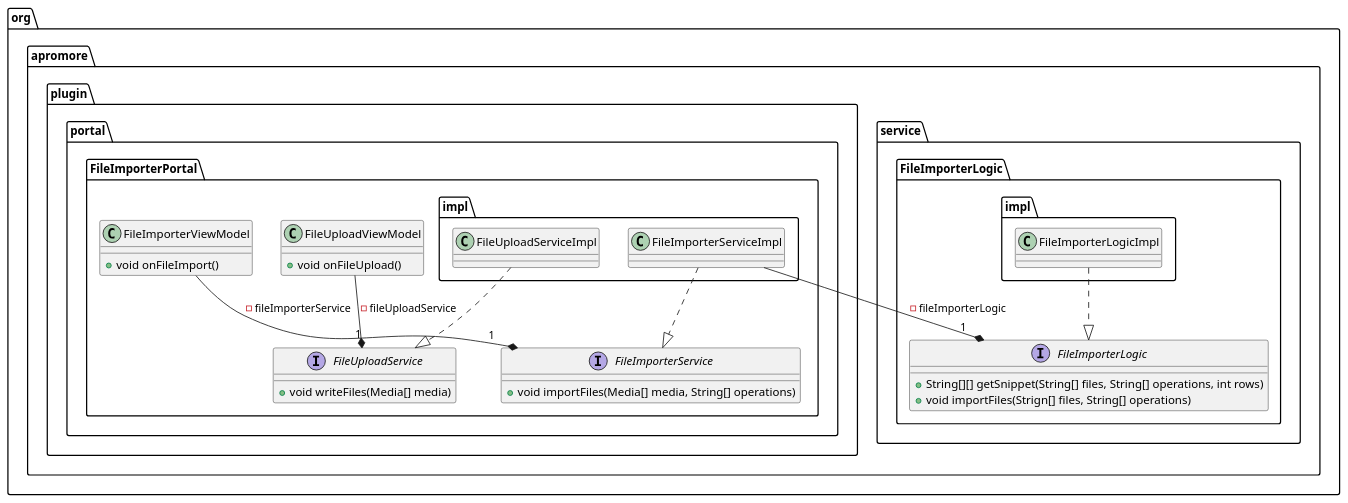
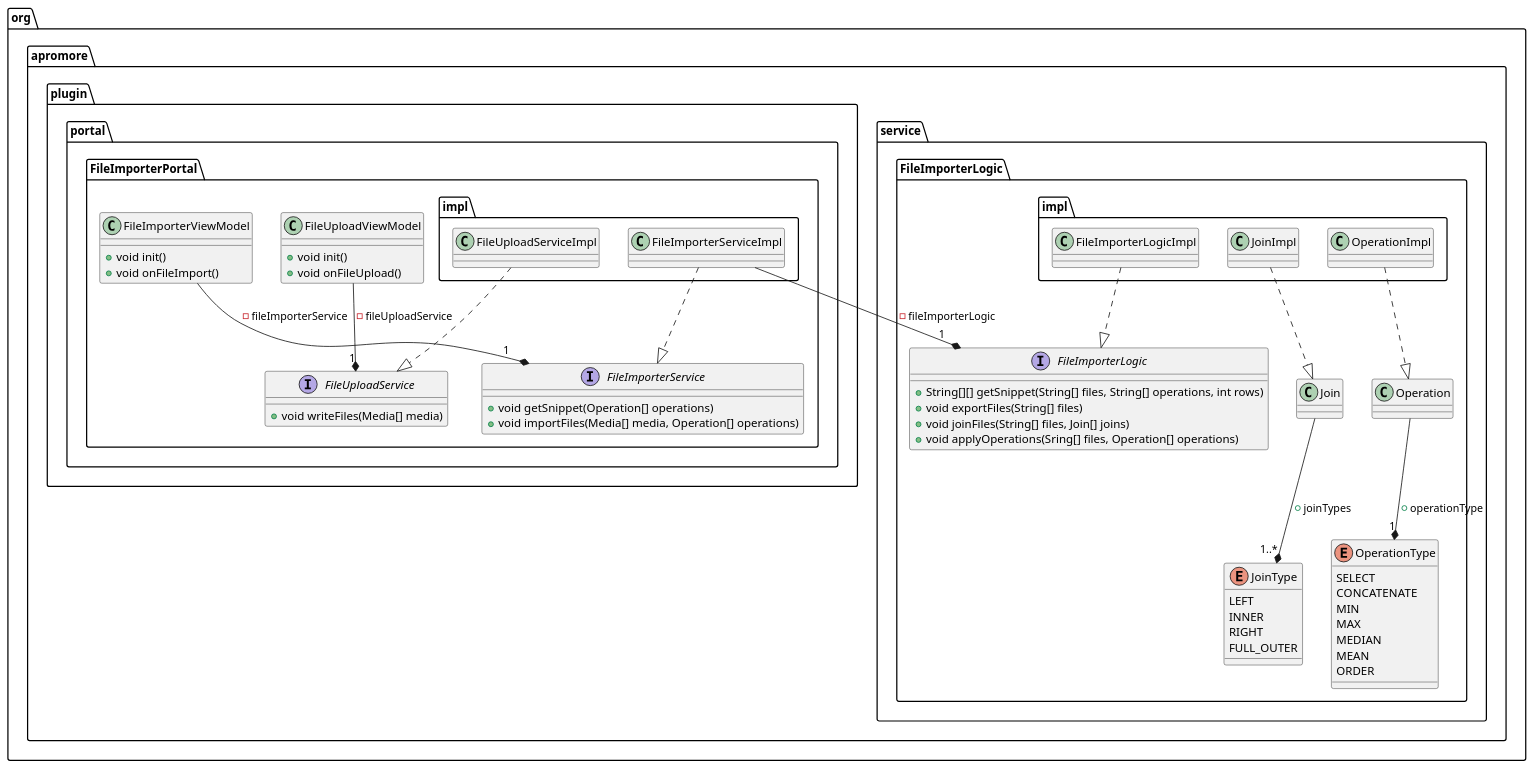
One commit to chengengliu/swen90013-bp changed the diagram in docs/classes.puml. Above: the diagram before and after it, drawn with PlantUML.

Commit message:
chore(docs): update class diagram

```diff
--- a/docs/classes.puml
+++ b/docs/classes.puml
@@ -1,60 +1,85 @@
 @startuml classes
 
 namespace org {
     namespace apromore {
         namespace service {
             namespace FileImporterLogic {
                 namespace impl {
-                    class FileImporterLogicImpl {
-                    }
+                    class FileImporterLogicImpl
+                    class JoinImpl
+                    class OperationImpl
 
                     FileImporterLogicImpl ..|> org.apromore.service.FileImporterLogic.FileImporterLogic
+                    JoinImpl ..|> org.apromore.service.FileImporterLogic.Join
+                    OperationImpl ..|> org.apromore.service.FileImporterLogic.Operation
+                }
+
+                enum OperationType {
+                    SELECT
+                    CONCATENATE
+                    MIN
+                    MAX
+                    MEDIAN
+                    MEAN
+                    ORDER
+                }
+
+                enum JoinType {
+                    LEFT
+                    INNER
+                    RIGHT
+                    FULL_OUTER
                 }
 
                 interface FileImporterLogic {
                     + String[][] getSnippet(String[] files, String[] operations, int rows)
-                    + void importFiles(Strign[] files, String[] operations)
+                    + void exportFiles(String[] files)
+                    + void joinFiles(String[] files, Join[] joins)
+                    + void applyOperations(Sring[] files, Operation[] operations)
                 }
+
+                Operation --* "1" OperationType : + operationType
+                Join --* "1..*" JoinType : + joinTypes
             }
         }
 
         namespace plugin {
             namespace portal {
                 namespace FileImporterPortal {
                     namespace impl {
-                        class FileUploadServiceImpl {
-                        }
-
-                        class FileImporterServiceImpl {
-                        }
+                        class FileUploadServiceImpl
+                        class FileImporterServiceImpl
 
                         FileUploadServiceImpl ..|> org.apromore.plugin.portal.FileImporterPortal.FileUploadService
                         FileImporterServiceImpl ..|> org.apromore.plugin.portal.FileImporterPortal.FileImporterService
                         FileImporterServiceImpl --* "1" org.apromore.service.FileImporterLogic.FileImporterLogic : - fileImporterLogic
                     }
 
                     class FileUploadViewModel {
+                        + void init()
                         + void onFileUpload()
                     }
 
                     interface FileUploadService {
                         + void writeFiles(Media[] media)
                     }
 
                     class FileImporterViewModel {
+                        + void init()
                         + void onFileImport()
                     }
 
                     interface FileImporterService {
-                        + void importFiles(Media[] media, String[] operations)
+                        + void getSnippet(Operation[] operations)
+                        + void importFiles(Media[] media, Operation[] operations)
                     }
 
                     FileUploadViewModel --* "1" FileUploadService : - fileUploadService
                     FileImporterViewModel --* "1" FileImporterService : - fileImporterService
                 }
             }
         }
     }
 }
 
 @enduml
```
